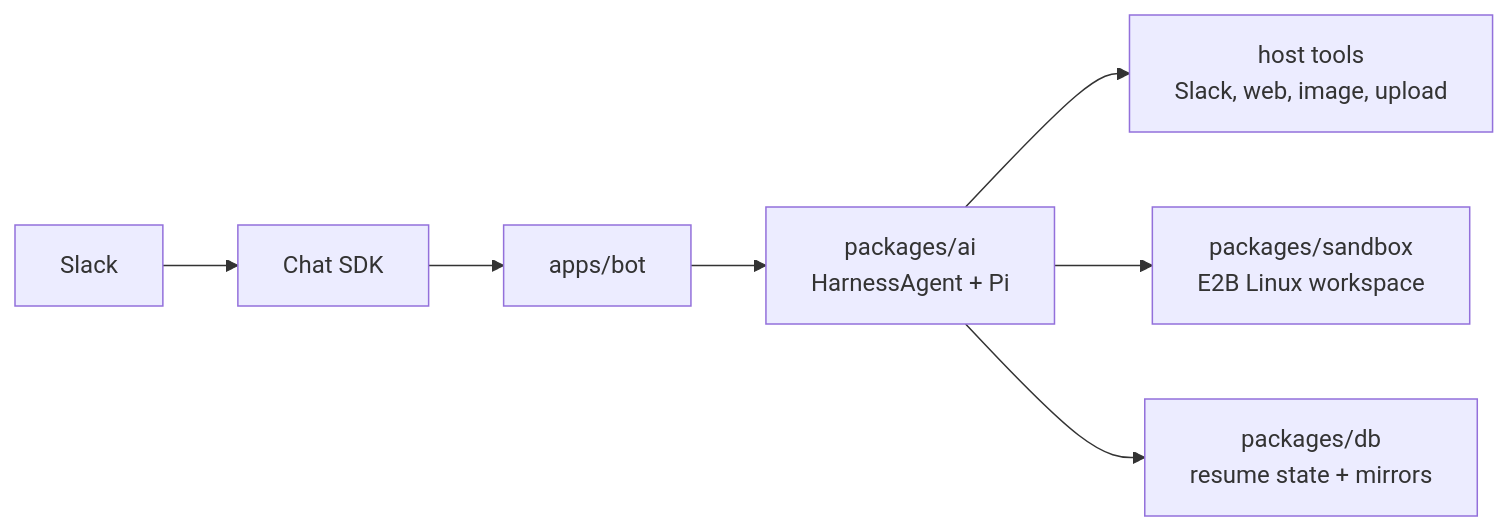
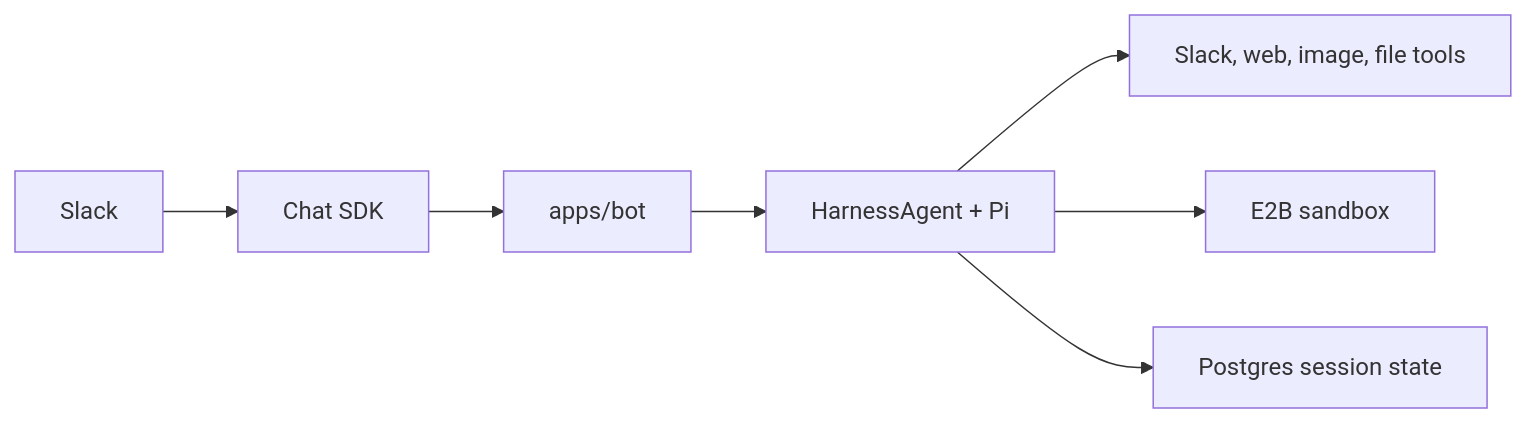
The diagram in docs/index.md (imdevarsh/gorkie-slack), drawn with Mermaid before and after one commit. The commit also changed other lines of this file and 18 other files, not shown here.

````diff
--- a/docs/index.md
+++ b/docs/index.md
@@ -18,9 +14,9 @@
 ```mermaid
 flowchart LR
   Slack["Slack"] --> Chat["Chat SDK"]
   Chat --> Bot["apps/bot"]
-  Bot --> Agent["packages/ai\nHarnessAgent + Pi"]
-  Agent --> HostTools["host tools\nSlack, web, image, upload"]
-  Agent --> Sandbox["packages/sandbox\nE2B Linux workspace"]
-  Agent --> Db["packages/db\nresume state + mirrors"]
+  Bot --> Agent["HarnessAgent + Pi"]
+  Agent --> Tools["Slack, web, image, file tools"]
+  Agent --> Sandbox["E2B sandbox"]
+  Agent --> Data["Postgres session state"]
 ```
````
